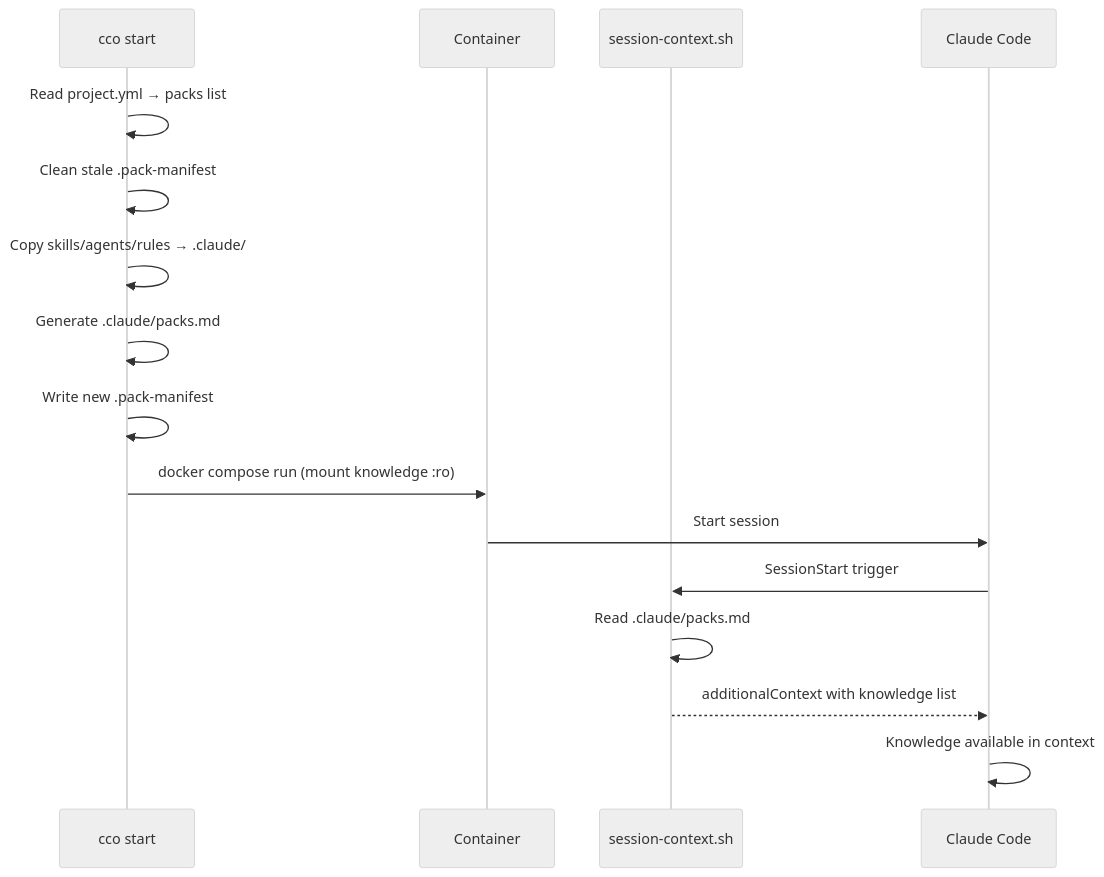
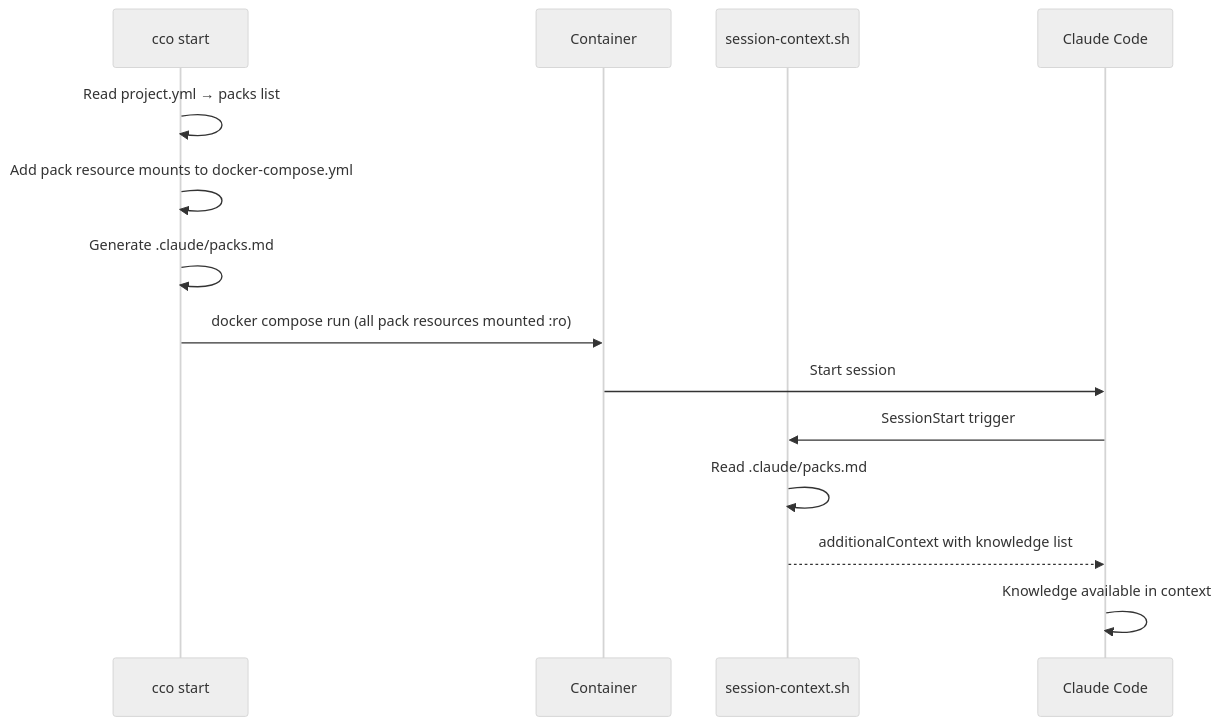
One commit to alergyonthestage/claude-orchestrator changed the diagram in docs/maintainer/packs/design.md. Above: the diagram before and after it, drawn with Mermaid (neutral theme). The commit also changed other lines of this file and 7 other files, not shown here.

First line of the commit message:
docs: add ADR-14 zero-duplication pack resource delivery

````diff
--- a/docs/maintainer/packs/design.md
+++ b/docs/maintainer/packs/design.md
@@ -182,19 +170,17 @@
 ```mermaid
 sequenceDiagram
     participant CLI as cco start
     participant Docker as Container
     participant Hook as session-context.sh
     participant Claude as Claude Code
 
     CLI->>CLI: Read project.yml → packs list
-    CLI->>CLI: Clean stale .pack-manifest
-    CLI->>CLI: Copy skills/agents/rules → .claude/
+    CLI->>CLI: Add pack resource mounts to docker-compose.yml
     CLI->>CLI: Generate .claude/packs.md
-    CLI->>CLI: Write new .pack-manifest
-    CLI->>Docker: docker compose run (mount knowledge :ro)
+    CLI->>Docker: docker compose run (all pack resources mounted :ro)
     Docker->>Claude: Start session
     Claude->>Hook: SessionStart trigger
     Hook->>Hook: Read .claude/packs.md
     Hook-->>Claude: additionalContext with knowledge list
     Claude->>Claude: Knowledge available in context
 ```
````
